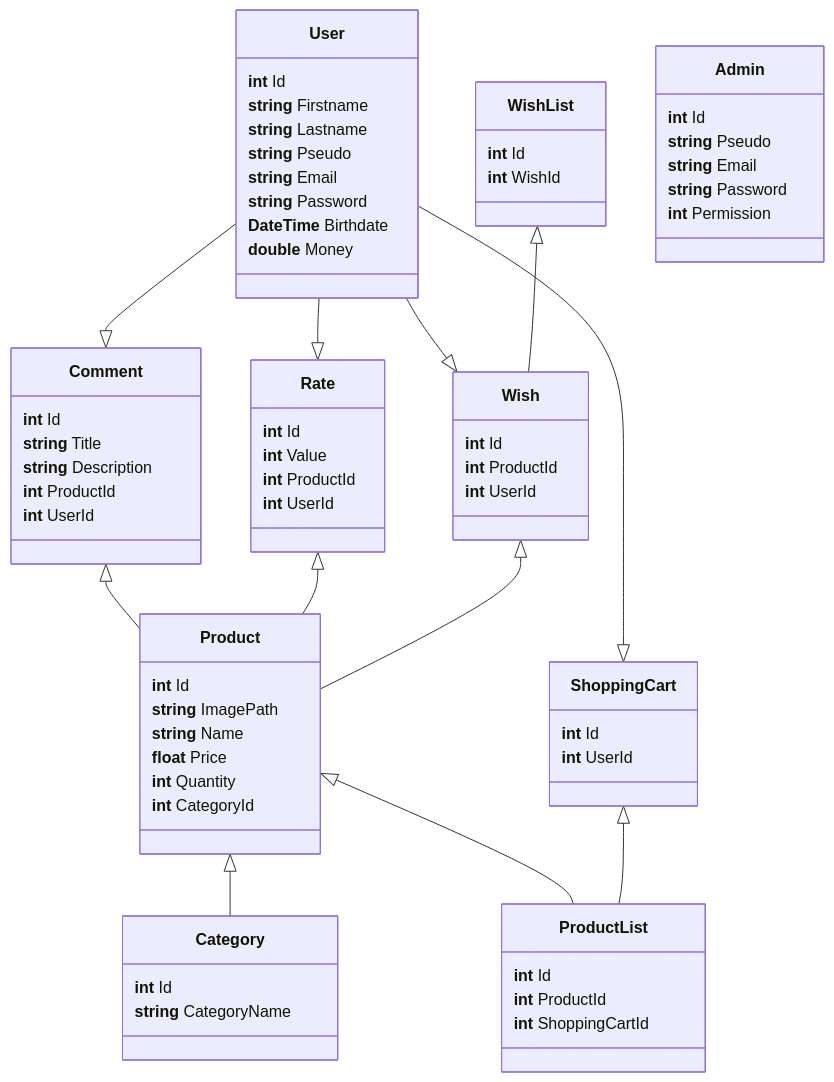
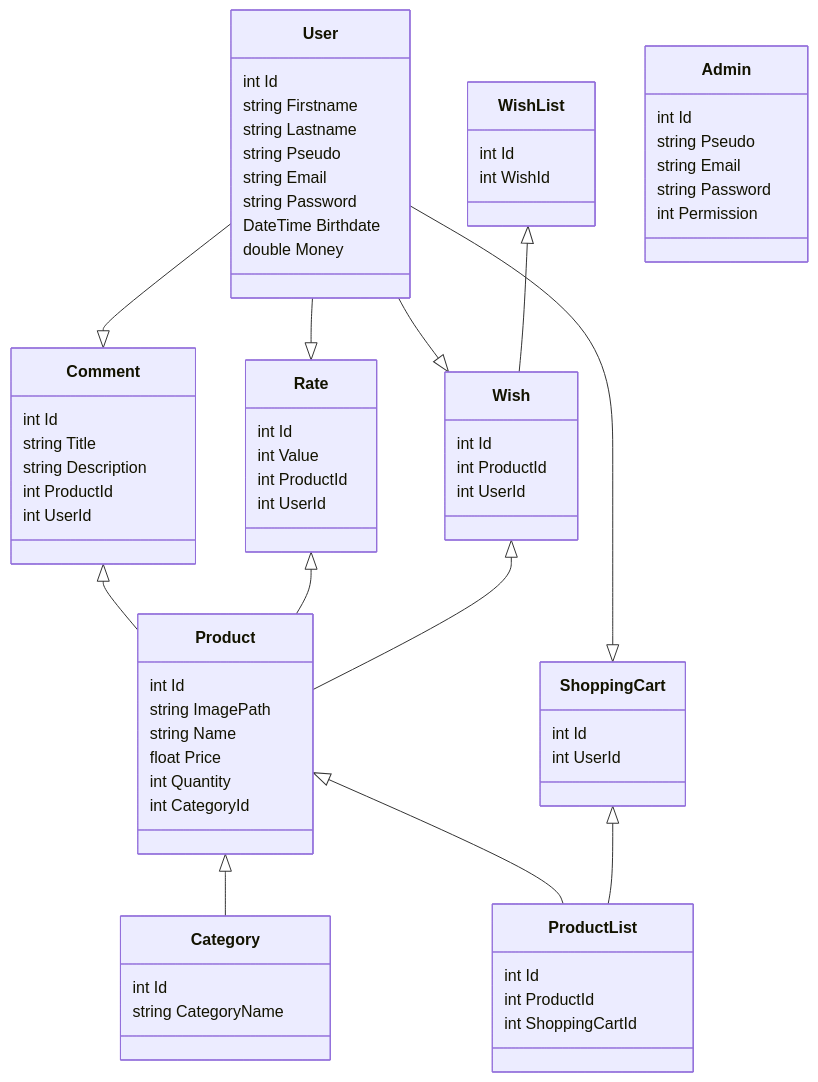
The diagram in readme.md (voluxyy/e-commerce), drawn with Mermaid before and after one commit.

Commit message:
:memo: New Diagram

````diff
--- a/readme.md
+++ b/readme.md
@@ -22,81 +22,75 @@
 ```mermaid
 classDiagram
     User --|> Comment
     User --|> Wish
     User --|> Rate
     User --|> ShoppingCart
-
     Product <|-- Category
     Product <|-- ProductList
-
     ShoppingCart <|-- ProductList
-
     Comment <|-- Product
-
     Rate <|-- Product
-
     Wish <|-- Product
-
     WishList <|-- Wish
 
     class Wish{
-        **int** Id
-        **int** ProductId
-        **int** UserId
+        int Id
+        int ProductId
+        int UserId
     }
     class WishList{
-        **int** Id
-        **int** WishId
+        int Id
+        int WishId
     }
     class Product{
-        **int** Id
-        **string** ImagePath
-        **string** Name
-        **float** Price
-        **int** Quantity
-        **int** CategoryId
+        int Id
+        string ImagePath
+        string Name
+        float Price
+        int Quantity
+        int CategoryId
     }
     class Rate{
-        **int** Id
-        **int** Value
-        **int** ProductId
-        **int** UserId
+        int Id
+        int Value
+        int ProductId
+        int UserId
     }
     class ProductList{
-        **int** Id
-        **int** ProductId
-        **int** ShoppingCartId
+        int Id
+        int ProductId
+        int ShoppingCartId
     }
     class ShoppingCart{
-        **int** Id
-        **int** UserId
+        int Id
+        int UserId
     }
     class Category{
-        **int** Id
-        **string** CategoryName
+        int Id
+        string CategoryName
     }
     class User{
-        **int** Id
-        **string** Firstname
-        **string** Lastname
-        **string** Pseudo
-        **string** Email
-        **string** Password
-        **DateTime** Birthdate
-        **double** Money
+        int Id
+        string Firstname
+        string Lastname
+        string Pseudo
+        string Email
+        string Password
+        DateTime Birthdate
+        double Money
     }
     class Comment{
-        **int** Id
-        **string** Title
-        **string** Description
-        **int** ProductId
-        **int** UserId
+        int Id
+        string Title
+        string Description
+        int ProductId
+        int UserId
     }
     class Admin{
-        **int** Id
-        **string** Pseudo
-        **string** Email
-        **string** Password
-        **int** Permission
+        int Id
+        string Pseudo
+        string Email
+        string Password
+        int Permission
     }
 ```
````
